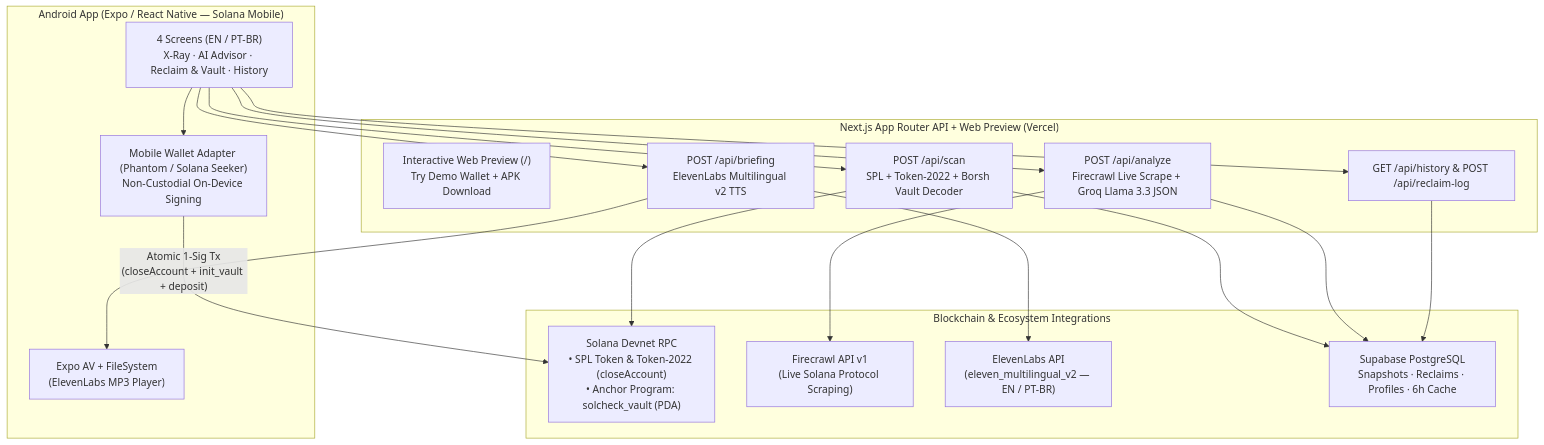
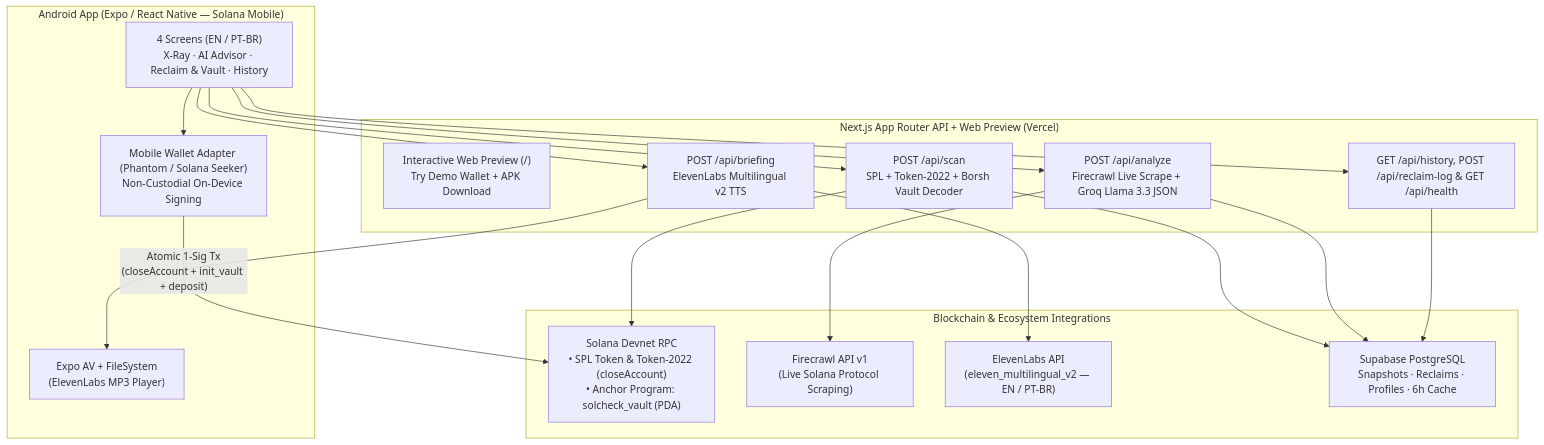
One commit to Bren0-lz/solcheck changed the diagram in README.md. Above: the diagram before and after it, drawn with Mermaid. The commit also changed other lines of this file and 2 other files, not shown here.

Commit message:
feat(api): add GET /api/health integration readiness endpoint, advisor/error tests & CI badges

````diff
--- a/README.md
+++ b/README.md
@@ -21,38 +23,38 @@
 ```mermaid
 flowchart TB
     subgraph Mobile["Android App (Expo / React Native — Solana Mobile)"]
         UI["4 Screens (EN / PT-BR)\nX-Ray · AI Advisor · Reclaim & Vault · History"]
         MWA["Mobile Wallet Adapter (Phantom / Solana Seeker)\nNon-Custodial On-Device Signing"]
         Audio["Expo AV + FileSystem\n(ElevenLabs MP3 Player)"]
     end
 
     subgraph Backend["Next.js App Router API + Web Preview (Vercel)"]
         Web["Interactive Web Preview (/)\nTry Demo Wallet + APK Download"]
         Scan["POST /api/scan\nSPL + Token-2022 + Borsh Vault Decoder"]
         Analyze["POST /api/analyze\nFirecrawl Live Scrape + Groq Llama 3.3 JSON"]
         Briefing["POST /api/briefing\nElevenLabs Multilingual v2 TTS"]
-        History["GET /api/history & POST /api/reclaim-log"]
+        History["GET /api/history, POST /api/reclaim-log & GET /api/health"]
     end
 
     subgraph External["Blockchain & Ecosystem Integrations"]
         Solana["Solana Devnet RPC\n• SPL Token & Token-2022 (closeAccount)\n• Anchor Program: solcheck_vault (PDA)"]
         Firecrawl["Firecrawl API v1\n(Live Solana Protocol Scraping)"]
         Eleven["ElevenLabs API\n(eleven_multilingual_v2 — EN / PT-BR)"]
         Supa["Supabase PostgreSQL\nSnapshots · Reclaims · Profiles · 6h Cache"]
     end
 
     UI --> Scan
     UI --> Analyze
     UI --> Briefing
     UI --> History
     UI --> MWA
     Briefing --> Audio
 
     MWA -- "Atomic 1-Sig Tx\n(closeAccount + init_vault + deposit)" --> Solana
     Scan --> Solana
     Scan --> Supa
     Analyze --> Firecrawl
     Analyze --> Supa
     Briefing --> Eleven
     History --> Supa
 ```
````
